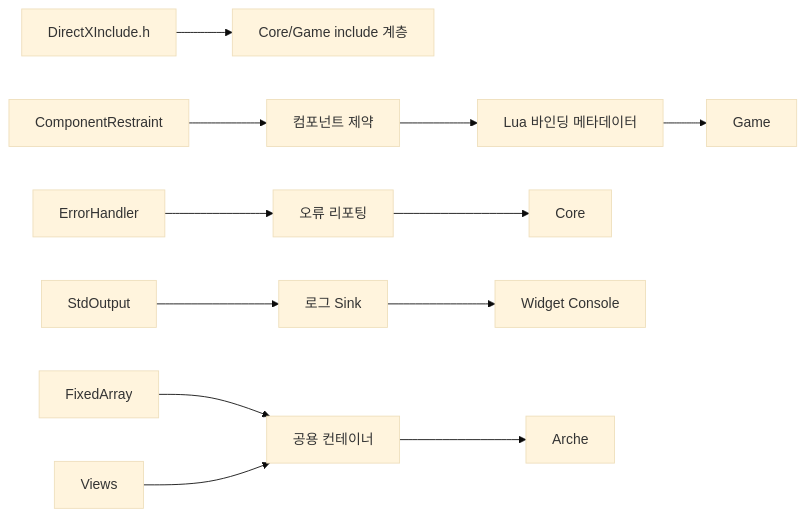
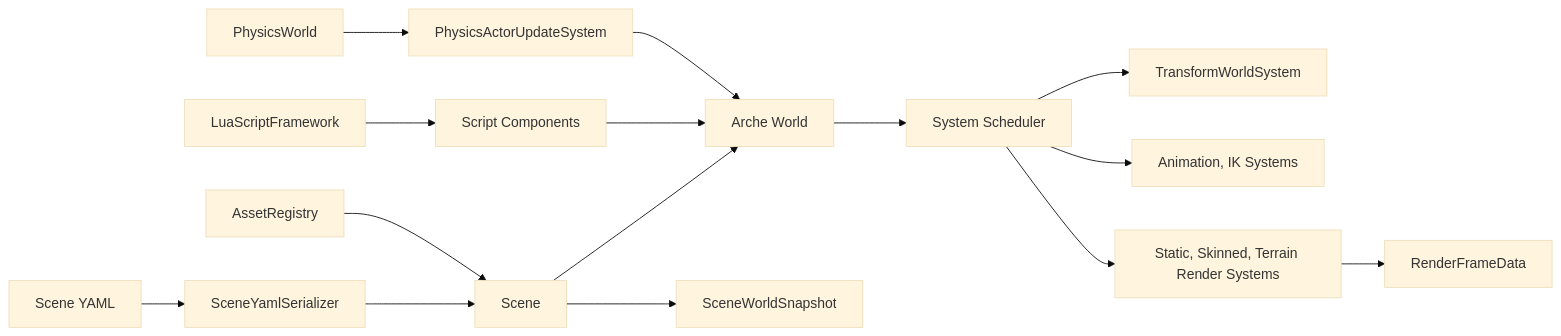
Before and after one commit to wewe231223/2026_Graphics: the fourth of 8 diagrams in Readme.md, drawn with Mermaid (base theme). The commit also changed other lines of this file, not shown here.

````diff
--- a/Readme.md
+++ b/Readme.md
@@ -220,14 +342,17 @@
 ```mermaid
 flowchart LR
-    DirectXInclude["DirectXInclude.h"] --> CoreInclude["Core/Game include 계층"]
-    ErrorHandler["ErrorHandler"] --> RuntimeError["오류 리포팅"]
-    StdOutput["StdOutput"] --> LogSink["로그 Sink"]
-    ComponentRestraint["ComponentRestraint"] --> ComponentMeta["컴포넌트 제약"]
-    ComponentMeta --> LuaMeta["Lua 바인딩 메타데이터"]
-    FixedArray["FixedArray"] --> SharedContainers["공용 컨테이너"]
-    Views["Views"] --> SharedContainers
-    RuntimeError --> Core["Core"]
-    LogSink --> Widget["Widget Console"]
-    LuaMeta --> Game["Game"]
-    SharedContainers --> Arche["Arche"]
+    SceneYaml["Scene YAML"] --> SceneLoader["SceneYamlSerializer"]
+    SceneLoader --> Scene["Scene"]
+    Scene --> World["Arche World"]
+    AssetRegistry["AssetRegistry"] --> Scene
+    LuaFramework["LuaScriptFramework"] --> ScriptSystem["Script Components"]
+    PhysicsWorld["PhysicsWorld"] --> PhysicsSystem["PhysicsActorUpdateSystem"]
+    World --> Scheduler["System Scheduler"]
+    Scheduler --> TransformSystem["TransformWorldSystem"]
+    Scheduler --> AnimationSystems["Animation, IK Systems"]
+    Scheduler --> RenderSystems["Static, Skinned, Terrain Render Systems"]
+    ScriptSystem --> World
+    PhysicsSystem --> World
+    RenderSystems --> RenderFrameData["RenderFrameData"]
+    Scene --> Snapshot["SceneWorldSnapshot"]
 ```
````
